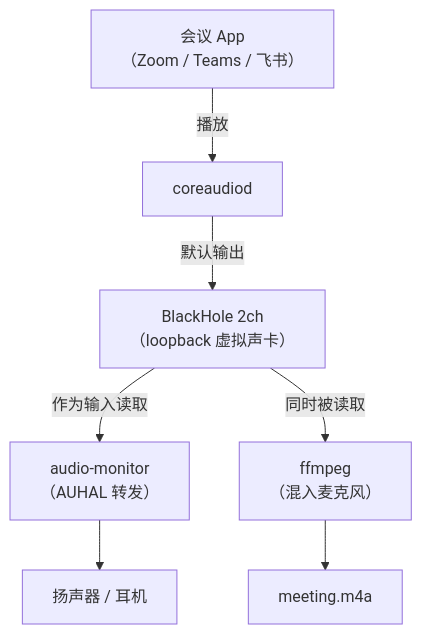
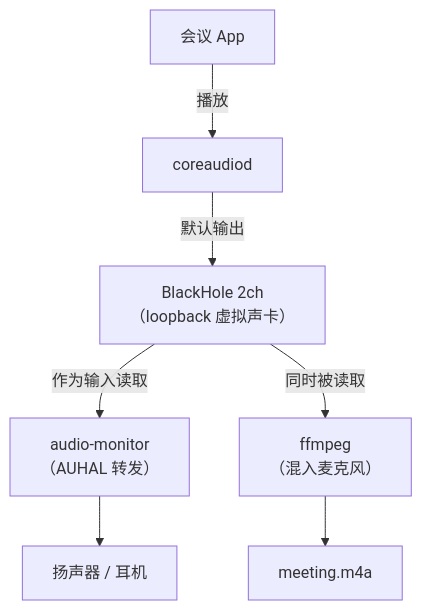
One commit to henceman777/meetap changed the second of 4 diagrams in README.md. Above: the diagram before and after it, drawn with Mermaid. The commit also changed other lines of this file and 1 other file, not shown here.

````diff
--- a/README.md
+++ b/README.md
@@ -220,9 +327,10 @@
 ```mermaid
+%%{init: {'flowchart': {'curve': 'basis'}}}%%
 flowchart TB
-    APP["会议 App<br/>（Zoom / Teams / 飞书）"] -->|播放| CAD[coreaudiod]
+    APP["会议 App"] -->|播放| CAD[coreaudiod]
     CAD -->|默认输出| BH["BlackHole 2ch<br/>（loopback 虚拟声卡）"]
     BH -->|作为输入读取| MON["audio-monitor<br/>（AUHAL 转发）"]
     BH -->|同时被读取| FF["ffmpeg<br/>（混入麦克风）"]
     MON --> SPK[扬声器 / 耳机]
     FF --> M4A[meeting.m4a]
 ```
````
